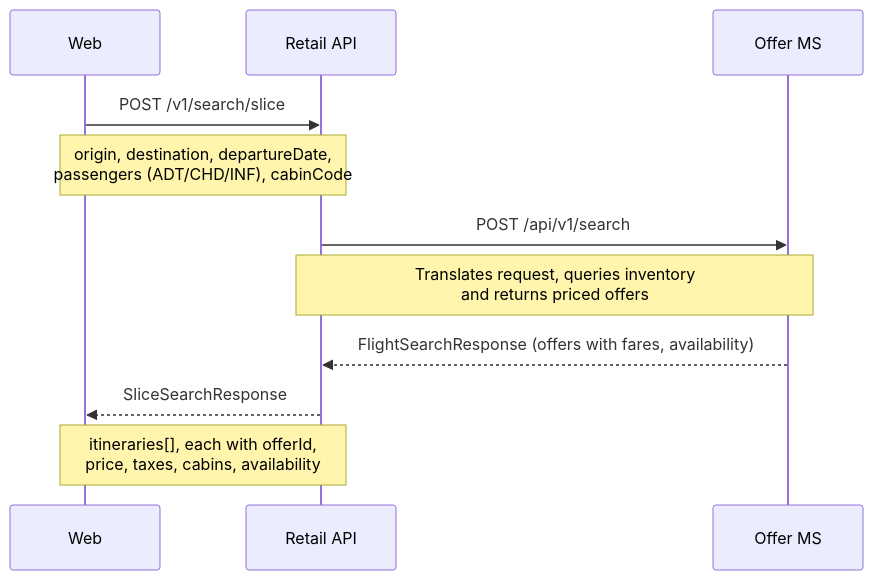
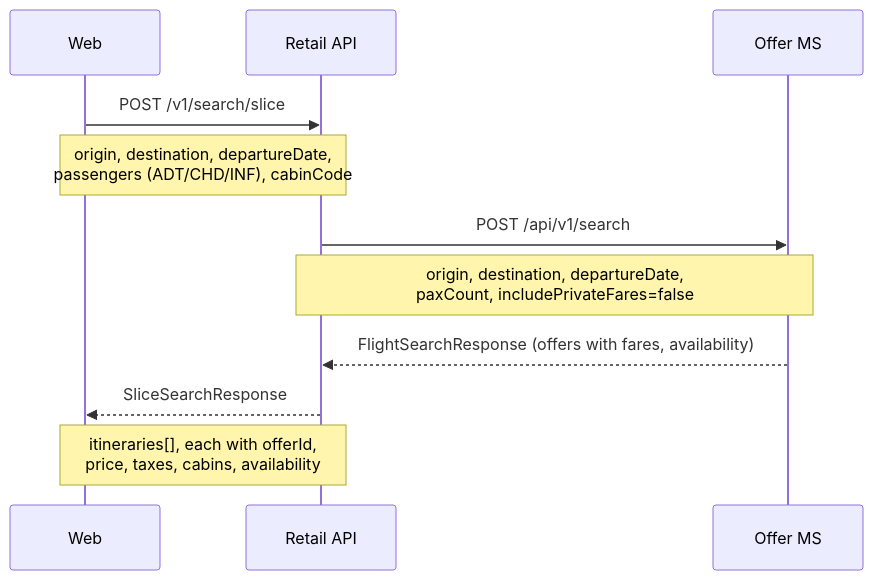
One commit to sebharvey/airline-reservation-system changed the first of 3 diagrams in documentation/sequences/offer.md. Above: the diagram before and after it, drawn with Mermaid. The commit also changed other lines of this file and 11 other files, not shown here.

````diff
--- a/documentation/sequences/offer.md
+++ b/documentation/sequences/offer.md
@@ -9,14 +11,16 @@
 ```mermaid
 sequenceDiagram
     participant Web
     participant RetailAPI as Retail API
     participant OfferMS as Offer MS
 
     Web->>RetailAPI: POST /v1/search/slice
     Note over Web,RetailAPI: origin, destination, departureDate,<br/>passengers (ADT/CHD/INF), cabinCode
+
     RetailAPI->>OfferMS: POST /api/v1/search
-    Note over RetailAPI,OfferMS: Translates request, queries inventory<br/>and returns priced offers
+    Note over RetailAPI,OfferMS: origin, destination, departureDate,<br/>paxCount, includePrivateFares=false
     OfferMS-->>RetailAPI: FlightSearchResponse (offers with fares, availability)
+
     RetailAPI-->>Web: SliceSearchResponse
     Note over RetailAPI,Web: itineraries[], each with offerId,<br/>price, taxes, cabins, availability
 ```
````
